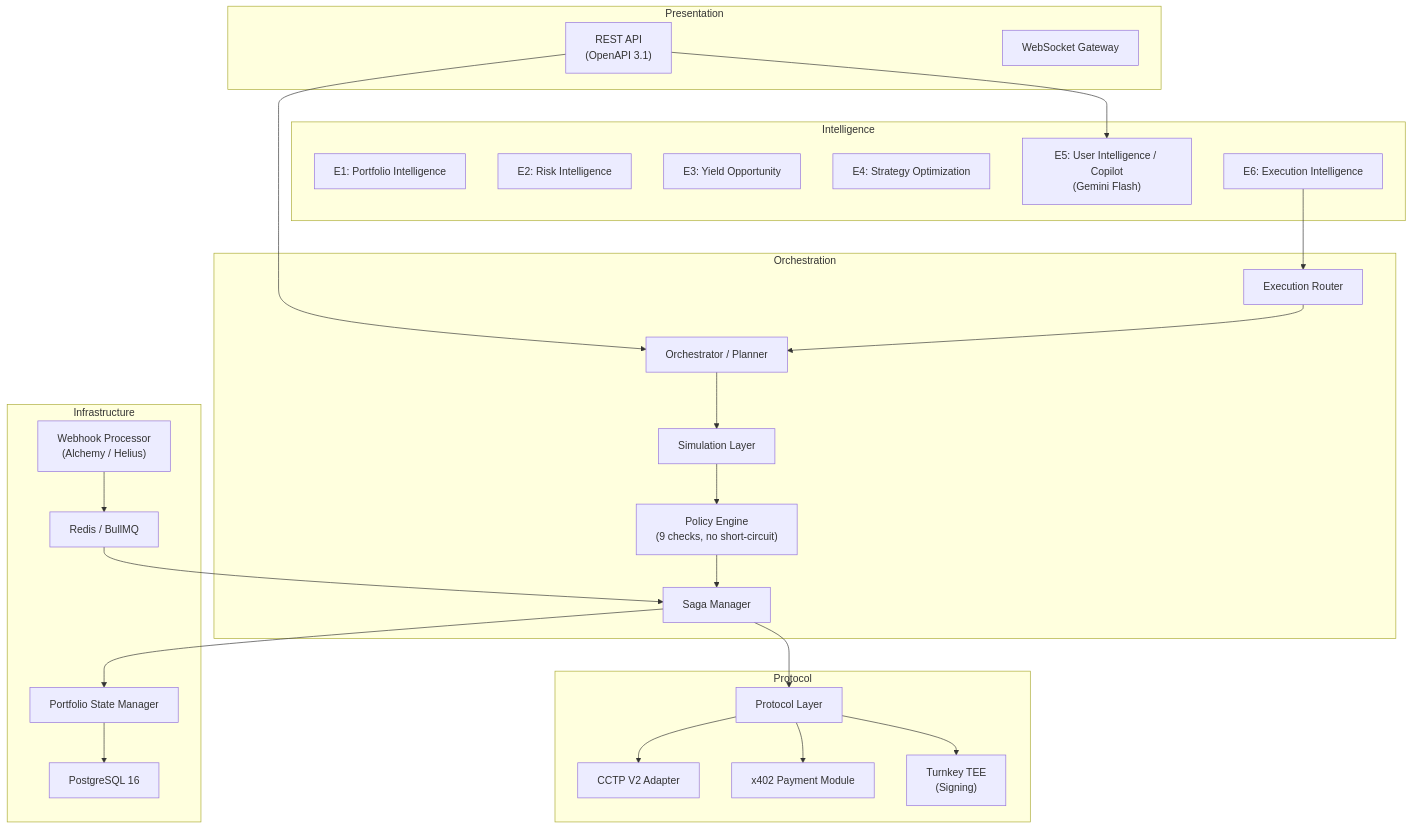
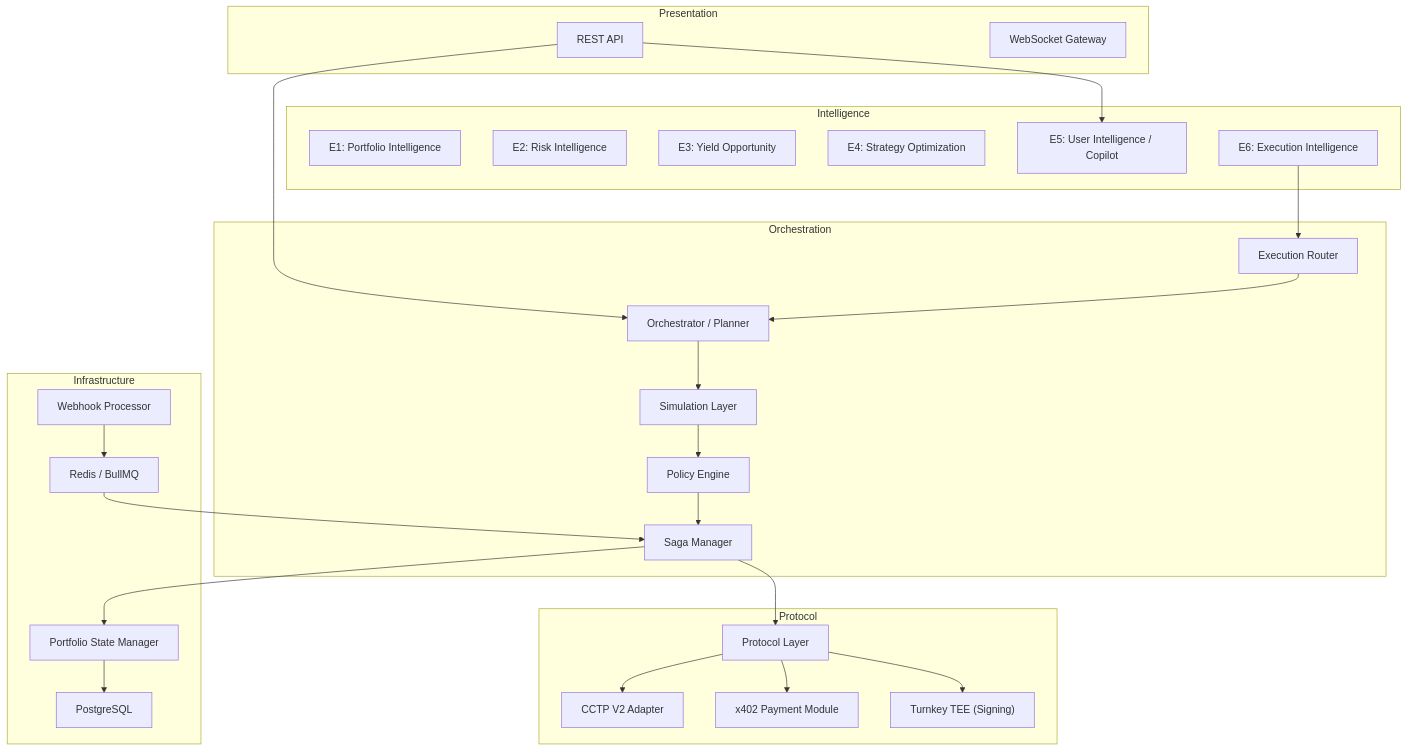
Before and after one commit to AdityaWagh19/CrestFlow-Product: the first of 2 diagrams in README.md, drawn with Mermaid. The commit also changed other lines of this file, not shown here.

````diff
--- a/README.md
+++ b/README.md
@@ -42,54 +40,54 @@
 ```mermaid
 flowchart TD
     subgraph Presentation
-        API["REST API\n(OpenAPI 3.1)"]
+        API["REST API"]
         WS["WebSocket Gateway"]
     end
 
     subgraph Intelligence
         E1["E1: Portfolio Intelligence"]
         E2["E2: Risk Intelligence"]
         E3["E3: Yield Opportunity"]
         E4["E4: Strategy Optimization"]
-        E5["E5: User Intelligence / Copilot\n(Gemini Flash)"]
+        E5["E5: User Intelligence / Copilot"]
         E6["E6: Execution Intelligence"]
     end
 
     subgraph Orchestration
         OP["Orchestrator / Planner"]
         ER["Execution Router"]
-        PE["Policy Engine\n(9 checks, no short-circuit)"]
+        PE["Policy Engine"]
         SM["Saga Manager"]
         SIM["Simulation Layer"]
     end
 
     subgraph Protocol
         PL["Protocol Layer"]
         CCTP["CCTP V2 Adapter"]
         X402["x402 Payment Module"]
-        TK["Turnkey TEE\n(Signing)"]
+        TK["Turnkey TEE (Signing)"]
     end
 
     subgraph Infrastructure
-        PG["PostgreSQL 16"]
+        PG["PostgreSQL"]
         RD["Redis / BullMQ"]
         PSM["Portfolio State Manager"]
-        WH["Webhook Processor\n(Alchemy / Helius)"]
+        WH["Webhook Processor"]
     end
 
     API --> E5
     API --> OP
     E6 --> ER
     ER --> OP
     OP --> SIM
     SIM --> PE
     PE --> SM
     SM --> PL
     PL --> CCTP
     PL --> X402
     PL --> TK
     SM --> PSM
     PSM --> PG
     WH --> RD
     RD --> SM
 ```
````
